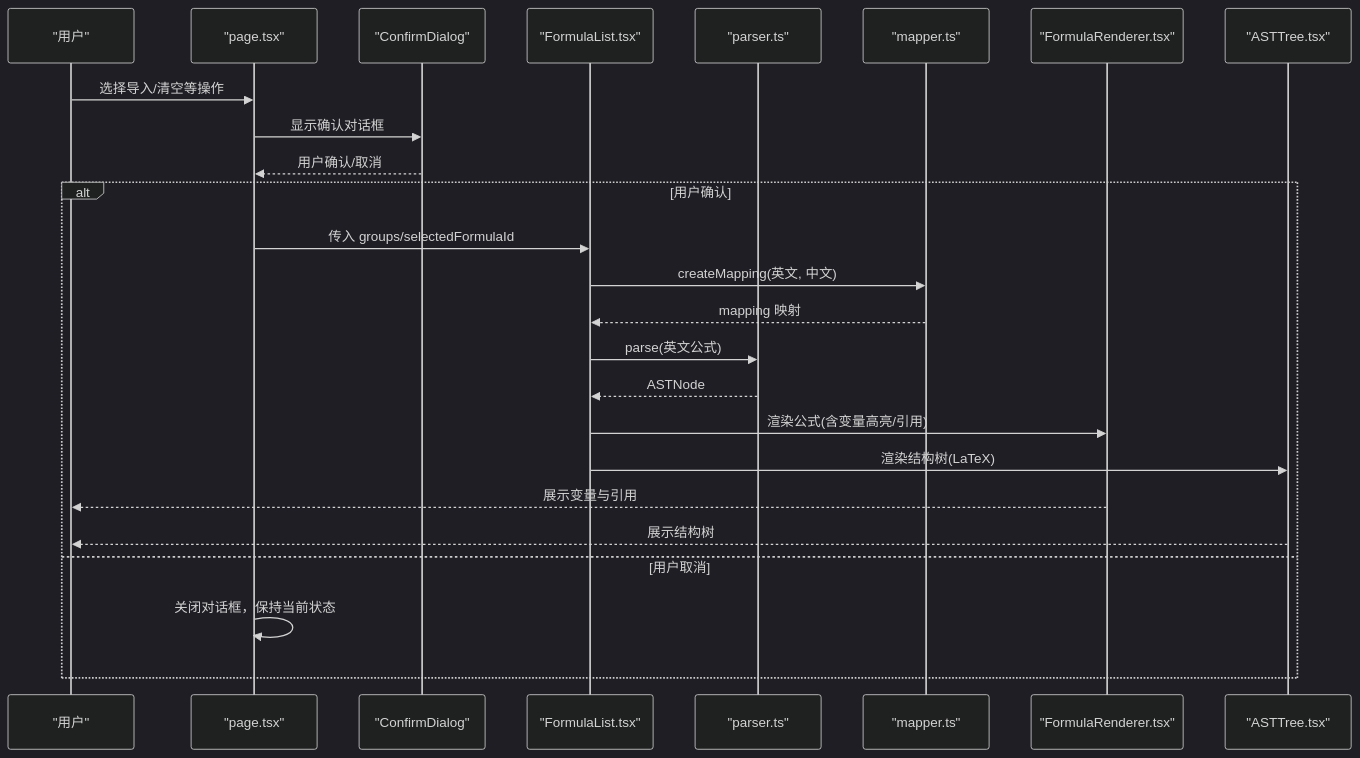
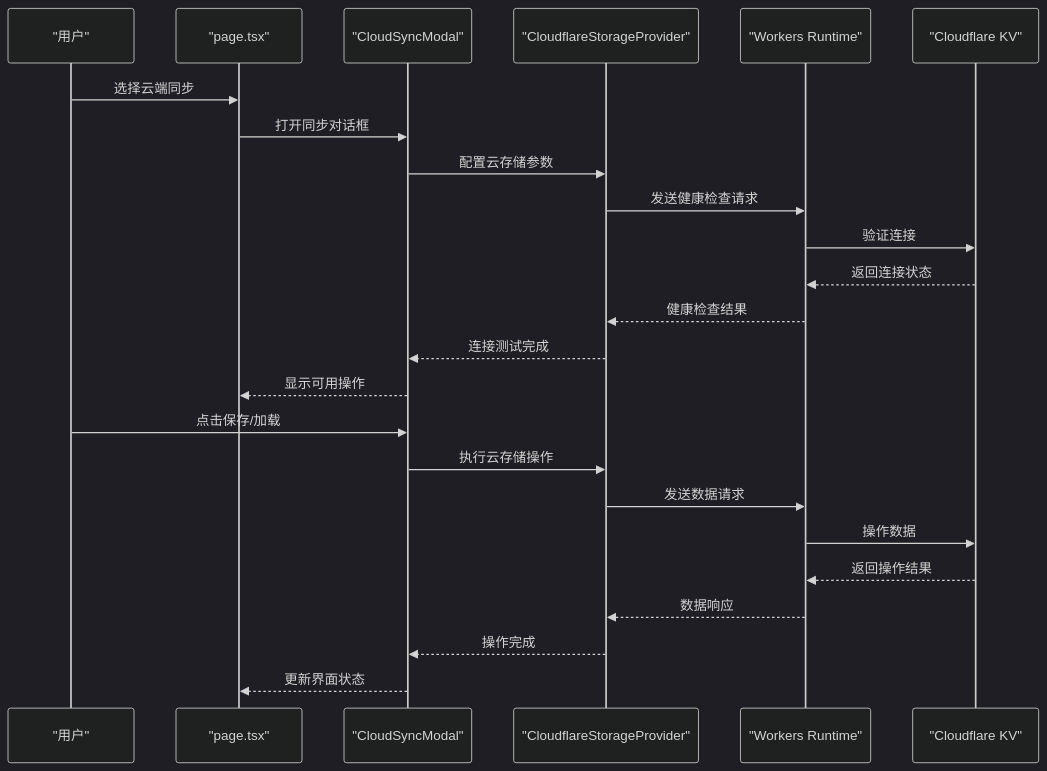
One commit to steveyu2/formula-mapper changed the second of 17 diagrams in .qoder/repowiki/zh/content/开发者指南/开发者指南.md. Above: the diagram before and after it, drawn with Mermaid (dark theme). The commit also changed other lines of this file and 7 other files, not shown here.

````diff
--- a/.qoder/repowiki/zh/content/开发者指南/开发者指南.md
+++ b/.qoder/repowiki/zh/content/开发者指南/开发者指南.md
@@ -154,27 +172,26 @@
 ```mermaid
 sequenceDiagram
 participant U as "用户"
 participant Page as "page.tsx"
-participant CD as "ConfirmDialog"
-participant List as "FormulaList.tsx"
-participant Parser as "parser.ts"
-participant Mapper as "mapper.ts"
-participant Renderer as "FormulaRenderer.tsx"
-participant AST as "ASTTree.tsx"
-U->>Page : 选择导入/清空等操作
-Page->>CD : 显示确认对话框
-CD-->>Page : 用户确认/取消
-alt 用户确认
-Page->>List : 传入 groups/selectedFormulaId
-List->>Mapper : createMapping(英文, 中文)
-Mapper-->>List : mapping 映射
-List->>Parser : parse(英文公式)
-Parser-->>List : ASTNode
-List->>Renderer : 渲染公式(含变量高亮/引用)
-List->>AST : 渲染结构树(LaTeX)
-Renderer-->>U : 展示变量与引用
-AST-->>U : 展示结构树
-else 用户取消
-Page->>Page : 关闭对话框，保持当前状态
-end
+participant CSM as "CloudSyncModal"
+participant CF as "CloudflareStorageProvider"
+participant Worker as "Workers Runtime"
+participant KV as "Cloudflare KV"
+U->>Page : 选择云端同步
+Page->>CSM : 打开同步对话框
+CSM->>CF : 配置云存储参数
+CF->>Worker : 发送健康检查请求
+Worker->>KV : 验证连接
+KV-->>Worker : 返回连接状态
+Worker-->>CF : 健康检查结果
+CF-->>CSM : 连接测试完成
+CSM-->>Page : 显示可用操作
+U->>CSM : 点击保存/加载
+CSM->>CF : 执行云存储操作
+CF->>Worker : 发送数据请求
+Worker->>KV : 操作数据
+KV-->>Worker : 返回操作结果
+Worker-->>CF : 数据响应
+CF-->>CSM : 操作完成
+CSM-->>Page : 更新界面状态
 ```
````
